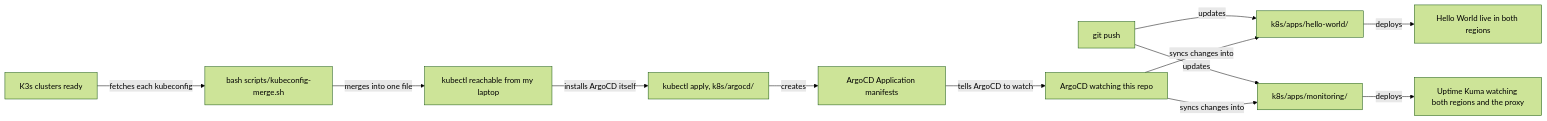
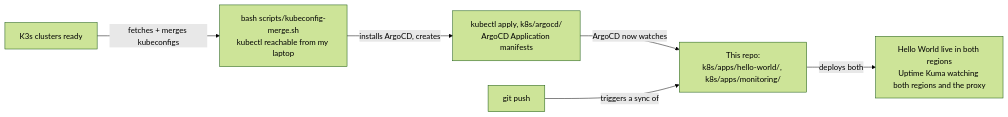
One commit to Dennis4507/cloud-native-ha-platform changed the third of 4 diagrams in README.md. Above: the diagram before and after it, drawn with Mermaid (forest theme). The commit also changed other lines of this file, not shown here.

First line of the commit message:
Merge command+result into single two-line boxes across all 4 diagrams

````diff
--- a/README.md
+++ b/README.md
@@ -66,14 +59,8 @@
 ```mermaid
 flowchart LR
-    IN3["K3s clusters ready"] -->|fetches each kubeconfig| CMD3b["bash scripts/kubeconfig-merge.sh"]
-    CMD3b -->|merges into one file| OUT3b["kubectl reachable from my laptop"]
-    OUT3b -->|installs ArgoCD itself| CMD4["kubectl apply, k8s/argocd/"]
-    CMD4 -->|creates| K1["ArgoCD Application manifests"]
-    K1 -->|tells ArgoCD to watch| OUT4["ArgoCD watching this repo"]
-    CMD5["git push"] -->|updates| K2["k8s/apps/hello-world/"]
-    CMD5 -->|updates| K3["k8s/apps/monitoring/"]
-    OUT4 -->|syncs changes into| K2
-    OUT4 -->|syncs changes into| K3
-    K2 -->|deploys| OUT5["Hello World live in both regions"]
-    K3 -->|deploys| OUT5b["Uptime Kuma watching both regions and the proxy"]
+    IN3["K3s clusters ready"] -->|fetches + merges kubeconfigs| OUT3b["bash scripts/kubeconfig-merge.sh<br/>kubectl reachable from my laptop"]
+    OUT3b -->|installs ArgoCD, creates| CMD4["kubectl apply, k8s/argocd/<br/>ArgoCD Application manifests"]
+    CMD4 -->|ArgoCD now watches| OUT4["This repo:<br/>k8s/apps/hello-world/, k8s/apps/monitoring/"]
+    CMD5["git push"] -->|triggers a sync of| OUT4
+    OUT4 -->|deploys both| OUT5["Hello World live in both regions<br/>Uptime Kuma watching both regions and the proxy"]
 ```
````
